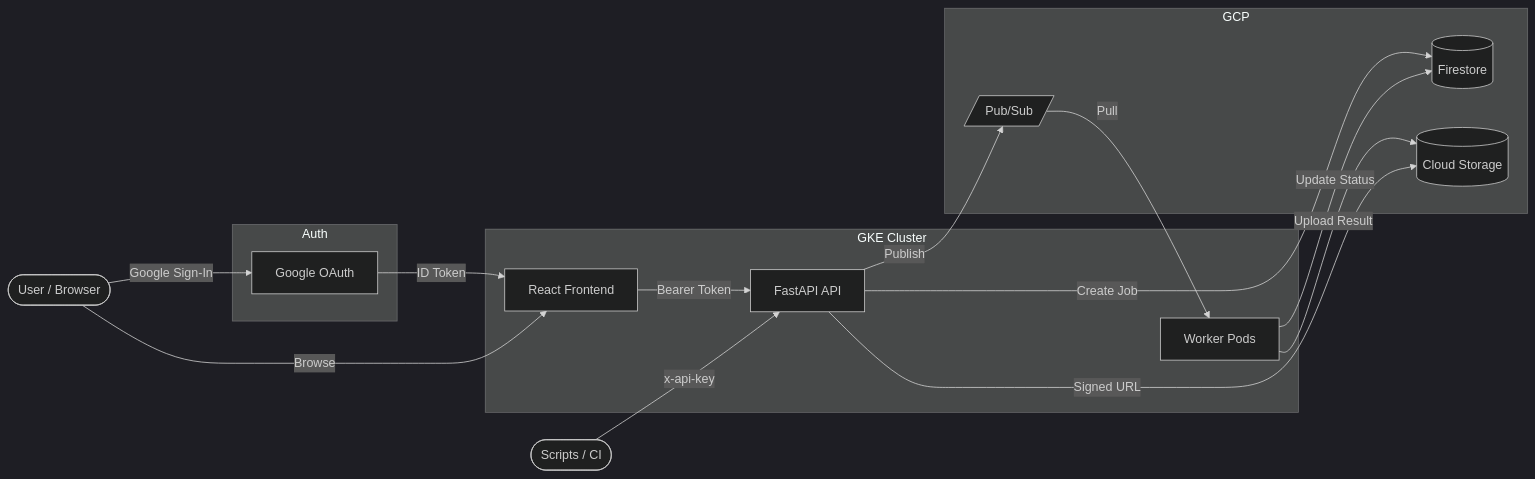
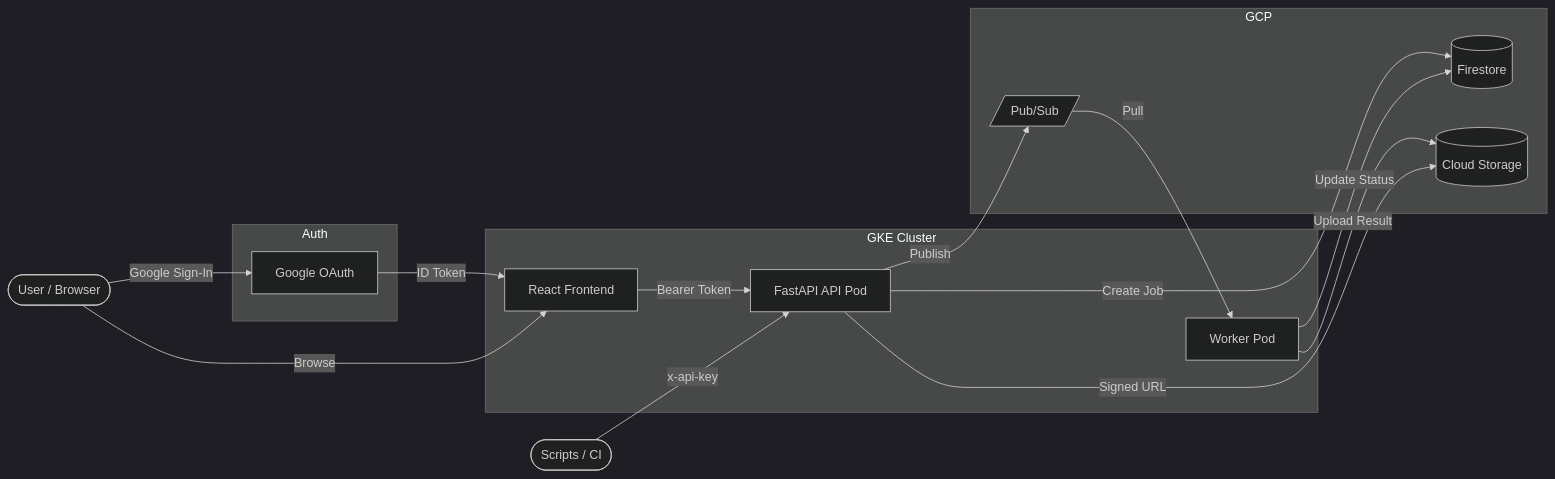
One commit to red512/krai changed the first of 4 diagrams in README.md. Above: the diagram before and after it, drawn with Mermaid (dark theme).

Commit message:
Update mermaid diagram labels: FastAPI API Pod, Worker Pod

````diff
--- a/README.md
+++ b/README.md
@@ -32,34 +32,34 @@
 ```mermaid
 graph LR
     User([User / Browser])
     Script([Scripts / CI])
 
     subgraph Auth
         Google[Google OAuth]
     end
 
     subgraph GKE Cluster
         FE[React Frontend]
-        API[FastAPI API]
-        Worker[Worker Pods]
+        API[FastAPI API Pod]
+        Worker[Worker Pod]
     end
 
     subgraph GCP
         FS[(Firestore)]
         PS[/Pub/Sub/]
         GCS[(Cloud Storage)]
     end
 
     User -->|Google Sign-In| Google
     Google -->|ID Token| FE
     User -->|Browse| FE
     FE -->|Bearer Token| API
     Script -->|x-api-key| API
 
     API -->|Create Job| FS
     API -->|Publish| PS
     PS -->|Pull| Worker
     Worker -->|Upload Result| GCS
     Worker -->|Update Status| FS
     API -->|Signed URL| GCS
 ```
````
